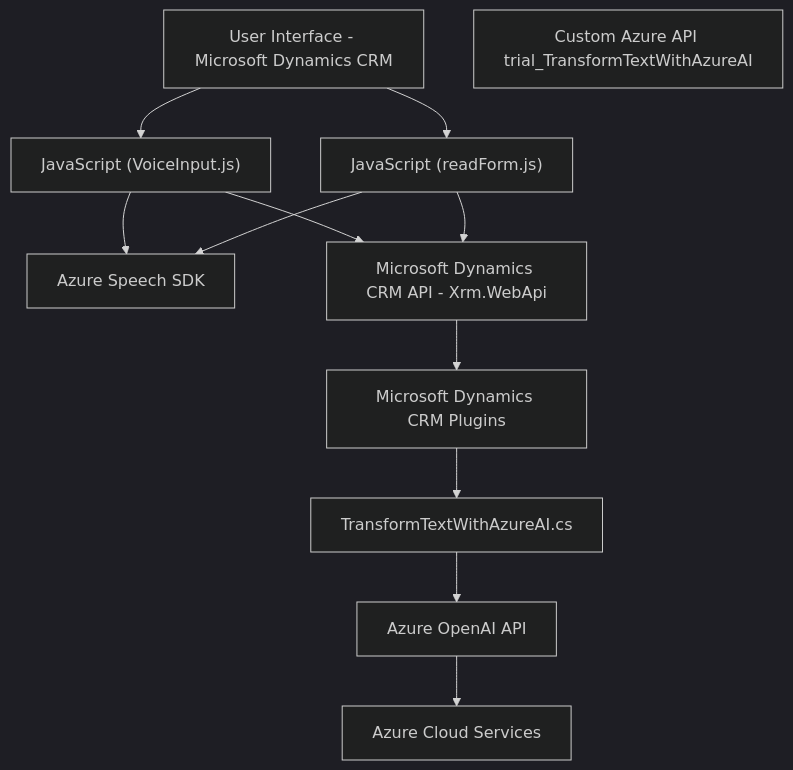
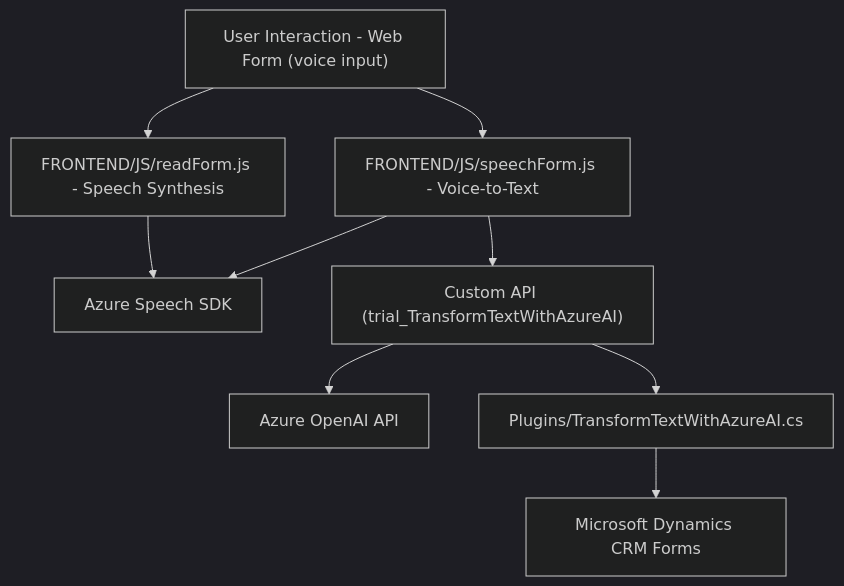
The diagram in README.md (blopezdm/NETCORE_BILBAO2025), drawn with Mermaid (dark theme) before and after one commit. The commit also changed other lines of this file, not shown here.

````diff
--- a/README.md
+++ b/README.md
@@ -41,23 +75,20 @@
 ```mermaid
 graph TD
-    A["User Interface - Microsoft Dynamics CRM"]
-    B["JavaScript (VoiceInput.js)"]
-    C["JavaScript (readForm.js)"]
-    D["Microsoft Dynamics CRM Plugins"]
-    E["TransformTextWithAzureAI.cs"]
-    F["Azure Speech SDK"]
-    G["Microsoft Dynamics CRM API - Xrm.WebApi"]
-    H["Azure OpenAI API"]
-    I["Custom Azure API trial_TransformTextWithAzureAI"]
-    J["Azure Cloud Services"]
+    A["User Interaction - Web Form (voice input)"]
+    B["FRONTEND/JS/readForm.js - Speech Synthesis"]
+    C["Azure Speech SDK"]
+    D["FRONTEND/JS/speechForm.js - Voice-to-Text"]
+    E["Azure OpenAI API"]
+    F["Custom API (trial_TransformTextWithAzureAI)"]
+    G["Plugins/TransformTextWithAzureAI.cs"]
+    H["Microsoft Dynamics CRM Forms"]
+
     A --> B
-    A --> C
-    B --> F
-    C --> F
-    B --> G
-    C --> G
-    G --> D
-    D --> E
-    E --> H
-    H --> J
+    A --> D
+    B --> C
+    D --> C
+    D --> F
+    F --> E
+    F --> G
+    G --> H
 ```
````
